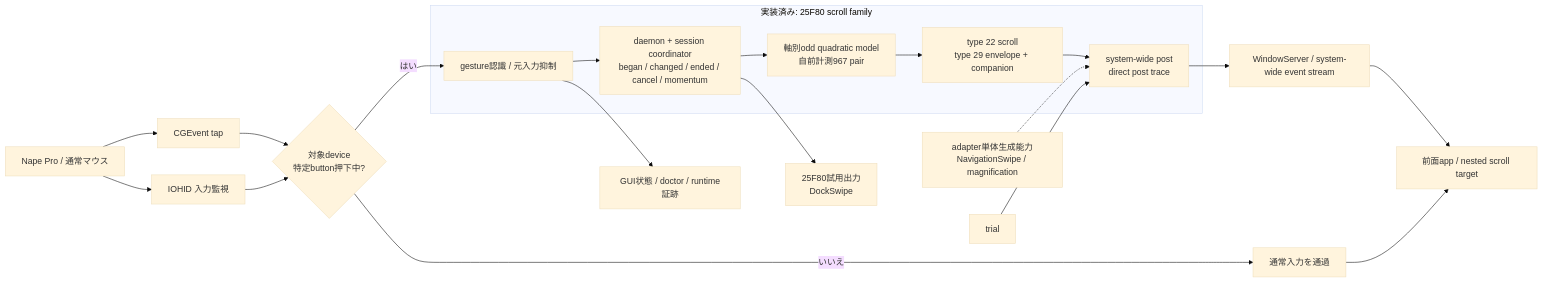
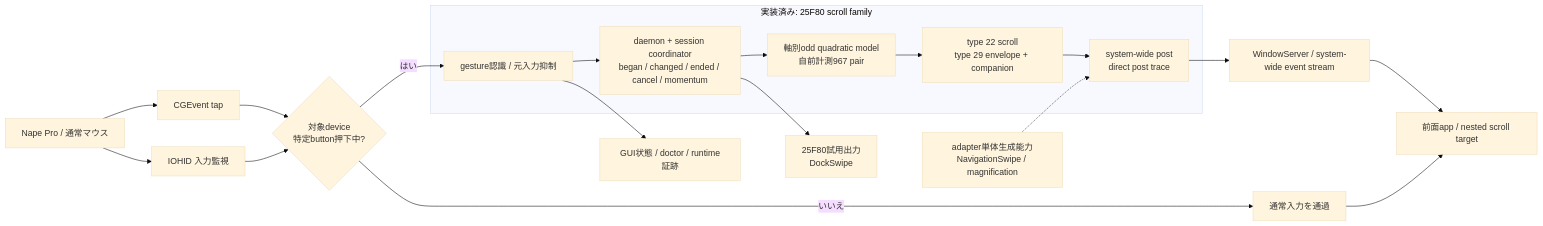
One commit to char5742/nape-gesture changed the first of 2 diagrams in README.md. Above: the diagram before and after it, drawn with Mermaid (base theme). The commit also changed other lines of this file and 23 other files, not shown here.

````diff
--- a/README.md
+++ b/README.md
@@ -30,24 +30,23 @@
 ```mermaid
 flowchart LR
     mouse["Nape Pro / 通常マウス"] --> tap["CGEvent tap"]
     mouse --> hid["IOHID 入力監視"]
     tap --> gate{"対象device<br/>特定button押下中?"}
     hid --> gate
     gate -->|いいえ| pass["通常入力を通過"]
     gate -->|はい| recognize["gesture認識 / 元入力抑制"]
 
     subgraph scroll["実装済み: 25F80 scroll family"]
         recognize --> session["daemon + session coordinator<br/>began / changed / ended / cancel / momentum"]
         session --> model["軸別odd quadratic model<br/>自前計測967 pair"]
         model --> batch["type 22 scroll<br/>type 29 envelope + companion"]
         batch --> post["system-wide post<br/>direct post trace"]
     end
 
     post --> stream["WindowServer / system-wide event stream"]
     stream --> app["前面app / nested scroll target"]
     pass --> app
     session --> dock["25F80試用出力<br/>DockSwipe"]
     contract["adapter単体生成能力<br/>NavigationSwipe / magnification"] -.-> post
-    trial --> post
     recognize --> status["GUI状態 / doctor / runtime証跡"]
 ```
````
